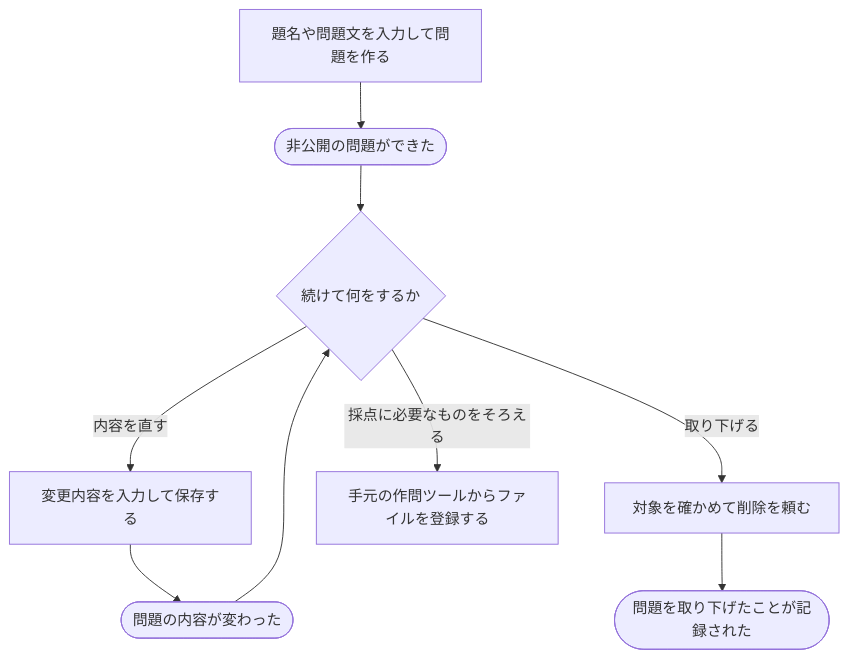
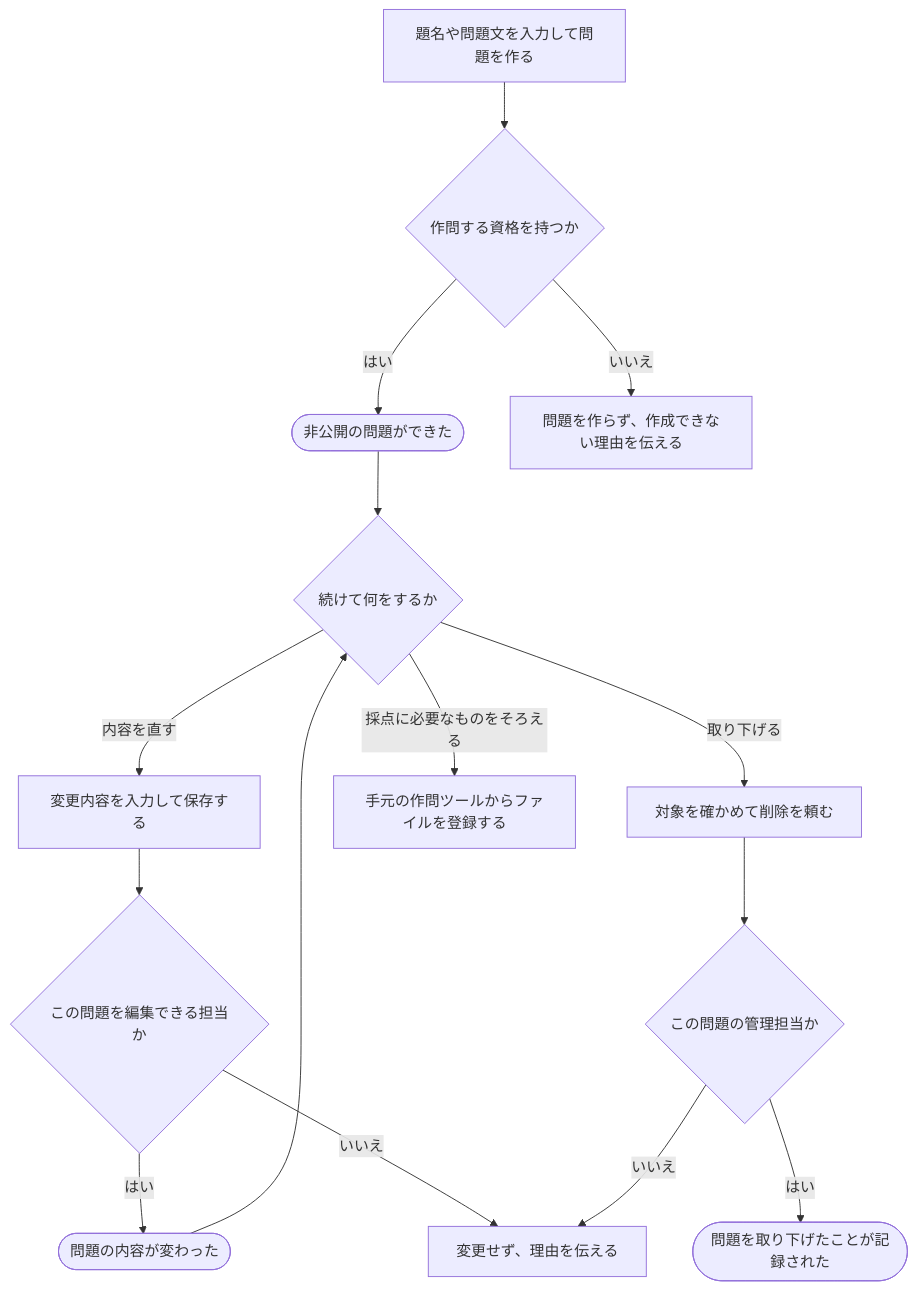
The diagram in docs/requirements/scenarios/problems/create-problem.md (traP-jp/traOJudge), drawn with Mermaid before and after one commit. The commit also changed other lines of this file and 58 other files, not shown here.

````diff
--- a/docs/requirements/scenarios/problems/create-problem.md
+++ b/docs/requirements/scenarios/problems/create-problem.md
@@ -15,11 +25,17 @@
 ```mermaid
 flowchart TD
-    A["題名や問題文を入力して問題を作る"] --> B(["非公開の問題ができた"])
+    A["題名や問題文を入力して問題を作る"] --> X{"作問する資格を持つか"}
+    X -->|はい| B(["非公開の問題ができた"])
+    X -->|いいえ| Y["問題を作らず、作成できない理由を伝える"]
     B --> C{"続けて何をするか"}
     C -->|内容を直す| D["変更内容を入力して保存する"]
-    D --> E(["問題の内容が変わった"])
+    D --> DX{"この問題を編集できる担当か"}
+    DX -->|はい| E(["問題の内容が変わった"])
+    DX -->|いいえ| DY["変更せず、理由を伝える"]
     E --> C
     C -->|取り下げる| F["対象を確かめて削除を頼む"]
-    F --> G(["問題を取り下げたことが記録された"])
+    F --> FX{"この問題の管理担当か"}
+    FX -->|はい| G(["問題を取り下げたことが記録された"])
+    FX -->|いいえ| DY
     C -->|採点に必要なものをそろえる| H["手元の作問ツールからファイルを登録する"]
 ```
````
